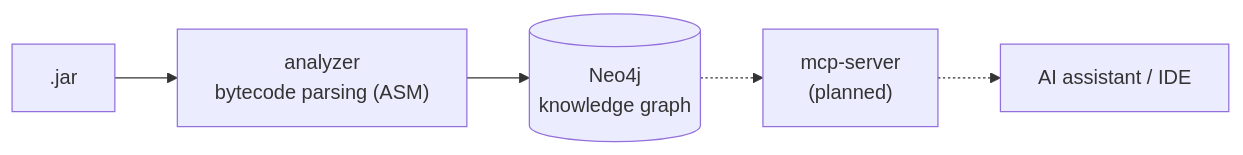
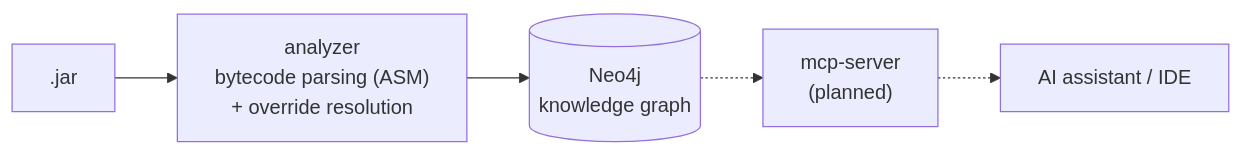
One commit to andcelentan/jar-graph-mcp changed the diagram in README.md. Above: the diagram before and after it, drawn with Mermaid. The commit also changed other lines of this file and 1 other file, not shown here.

````diff
--- a/README.md
+++ b/README.md
@@ -25,7 +25,7 @@
 ```mermaid
 flowchart LR
-    JAR[".jar"] --> A["analyzer<br/>bytecode parsing (ASM)"]
+    JAR[".jar"] --> A["analyzer<br/>bytecode parsing (ASM)<br/>+ override resolution"]
     A --> N[("Neo4j<br/>knowledge graph")]
     N -.-> M["mcp-server<br/>(planned)"]
     M -.-> AI["AI assistant / IDE"]
 ```
````
